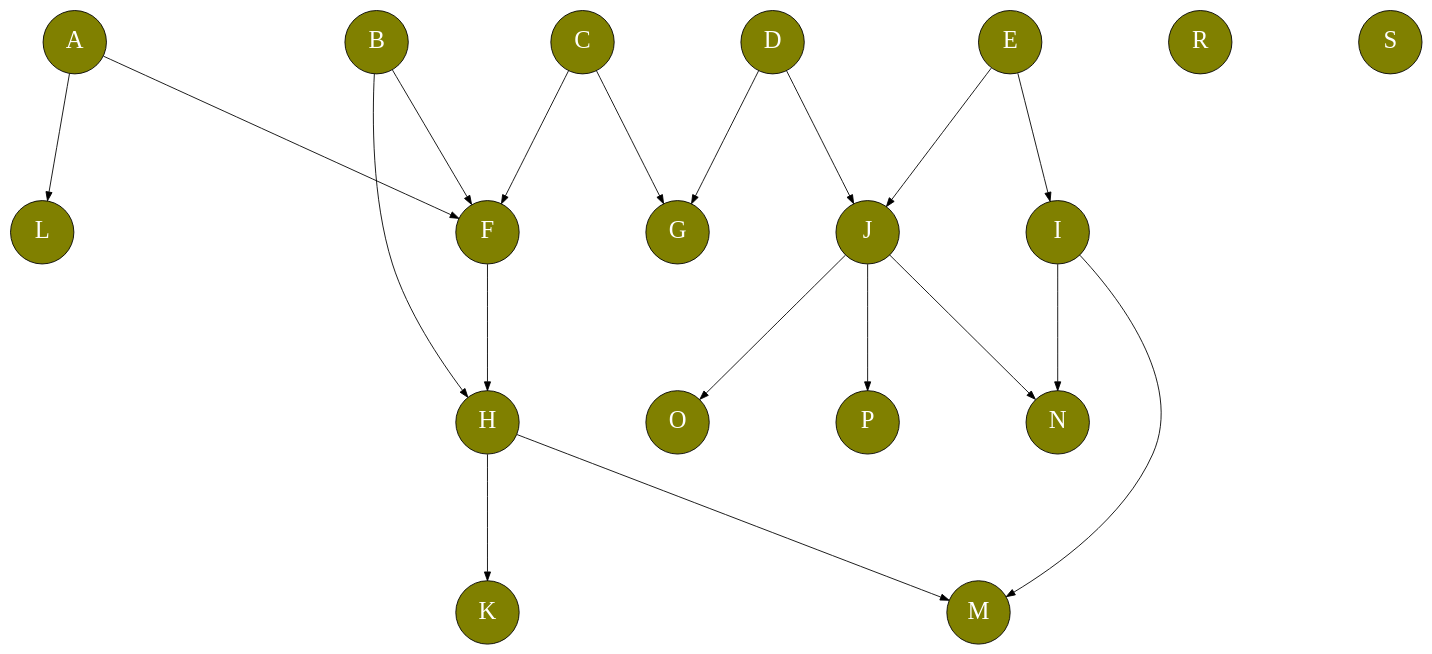
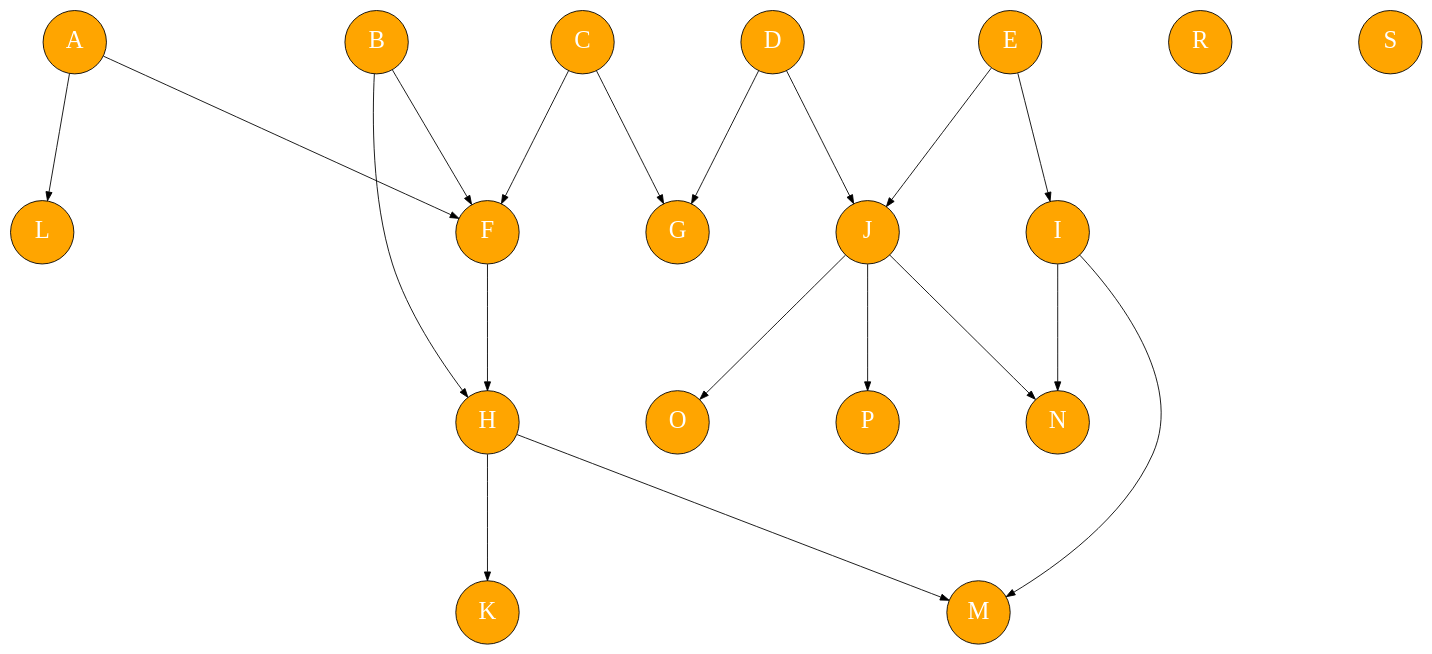
Before and after one commit to OfirMatasas/GPUP: the diagram in JavaFXUI/src/resourcers/graphviz/big_graph.dot, drawn with Graphviz. The commit also changed 1 other file, not shown here.

```diff
--- a/JavaFXUI/src/resourcers/graphviz/big_graph.dot
+++ b/JavaFXUI/src/resourcers/graphviz/big_graph.dot
@@ -1,19 +1,19 @@
 digraph G {
 
-node [margin=0 fontcolor=white fontsize=28 width=1 shape=circle style=filled fillcolor=olive]
+node [margin=0 fontcolor=white fontsize=28 width=1 shape=circle style=filled fillcolor=orange]
 
 nodesep=2;
 ranksep = 2;
 
 A -> {L F}
 B -> {F H}
 C -> {G F}
 D -> {J G}
 E -> {J I}
 F -> H
 H -> {M K}
 I -> {M N}
 J -> {P O N}
 R
 S
 }
```
